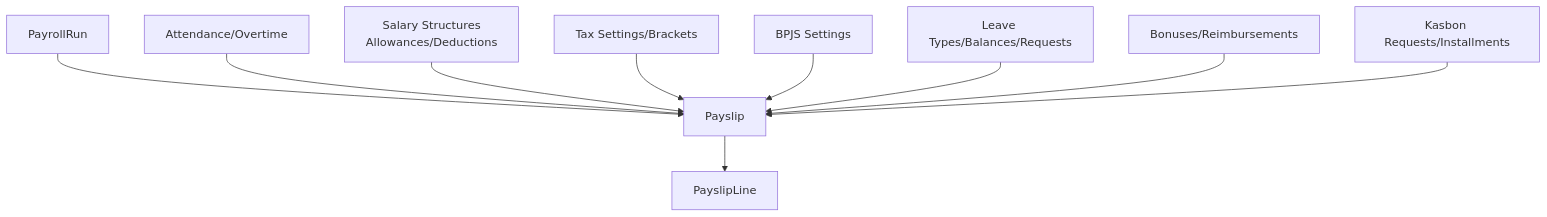
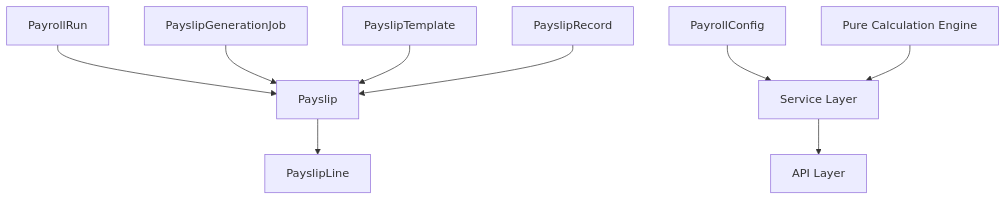
One commit to bikinaplikasipakeqoder-dot/payroll-hris changed the second of 9 diagrams in .qoder/repowiki/en/content/Payroll Processing.md. Above: the diagram before and after it, drawn with Mermaid. The commit also changed other lines of this file and 22 other files, not shown here.

````diff
--- a/.qoder/repowiki/en/content/Payroll Processing.md
+++ b/.qoder/repowiki/en/content/Payroll Processing.md
@@ -147,22 +173,21 @@
 ```mermaid
 graph TB
 PR["PayrollRun"]
 PS["Payslip"]
 PL["PayslipLine"]
-SAL["Salary Structures<br/>Allowances/Deductions"]
-ATT["Attendance/Overtime"]
-TAX["Tax Settings/Brackets"]
-BPJS["BPJS Settings"]
-LEAVE["Leave Types/Balances/Requests"]
-BONUS["Bonuses/Reimbursements"]
-KAS["Kasbon Requests/Installments"]
+PJ["PayslipGenerationJob"]
+PT["PayslipTemplate"]
+PRC["PayslipRecord"]
+PC["PayrollConfig"]
+CALC["Pure Calculation Engine"]
+SERVICE["Service Layer"]
+API["API Layer"]
 PR --> PS
 PS --> PL
-ATT --> PS
-SAL --> PS
-TAX --> PS
-BPJS --> PS
-LEAVE --> PS
-BONUS --> PS
-KAS --> PS
+PJ --> PS
+PT --> PS
+PRC --> PS
+PC --> SERVICE
+CALC --> SERVICE
+SERVICE --> API
 ```
````
